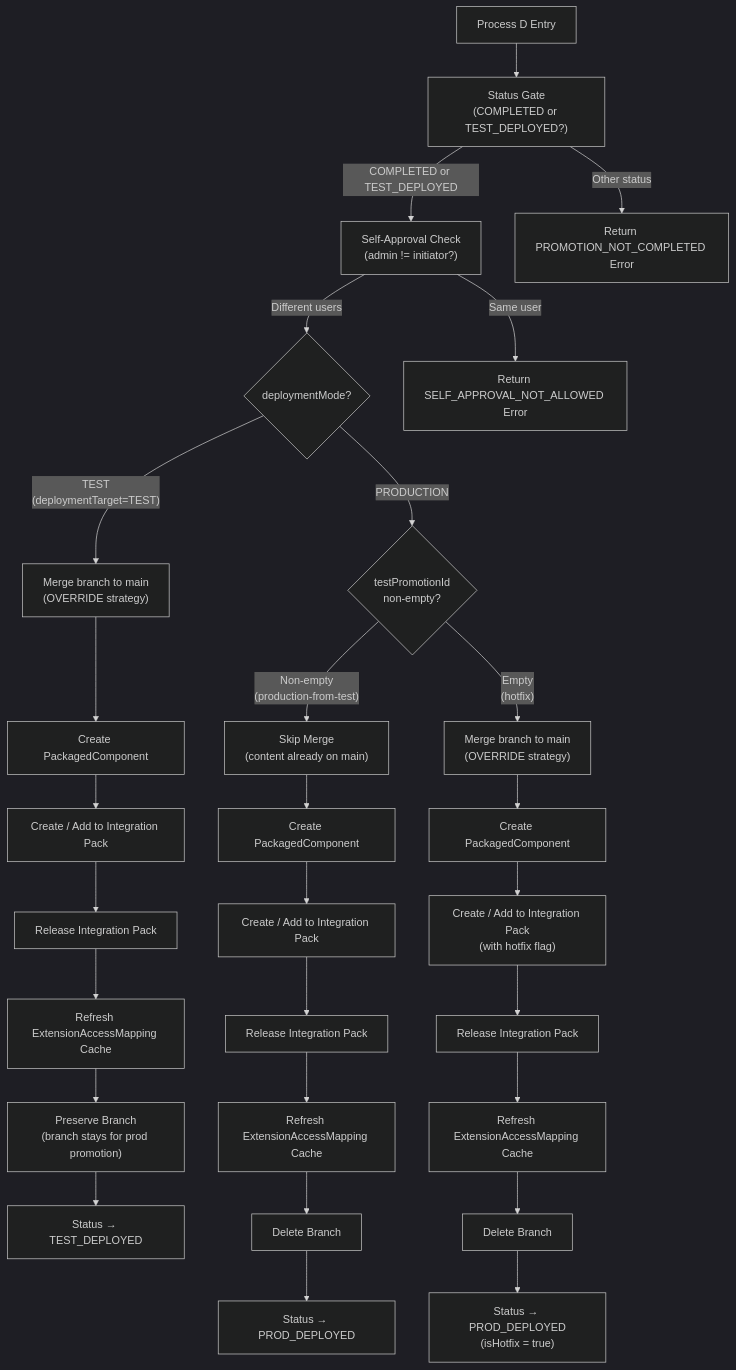
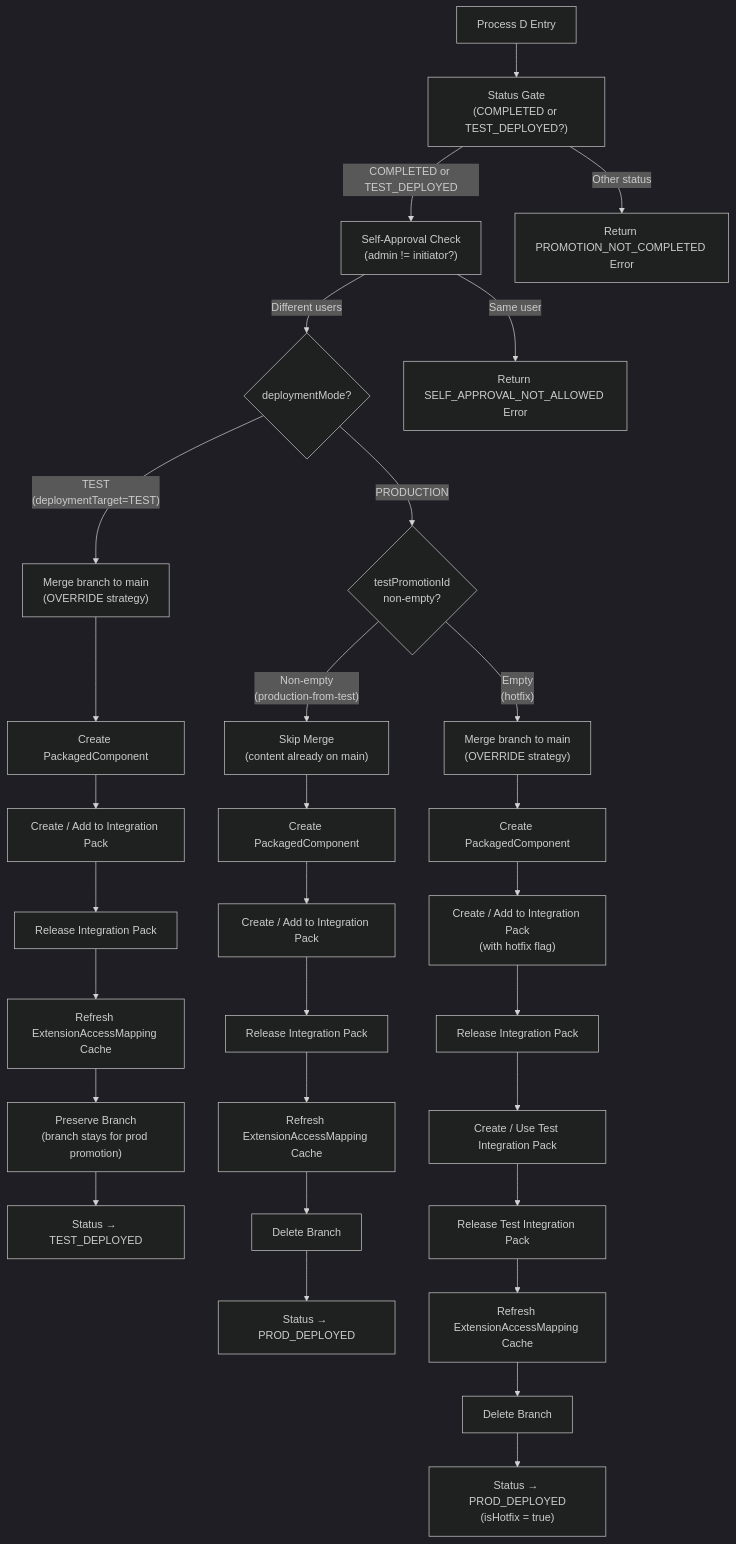
One commit to 7A9599F5/boomi-team-flow changed the diagram in docs/build-guide/11-process-d-package-and-deploy.md. Above: the diagram before and after it, drawn with Mermaid (dark theme). The commit also changed other lines of this file and 7 other files, not shown here.

First line of the commit message:
feat(hotfix): add dual-release route — prod then test sync

````diff
--- a/docs/build-guide/11-process-d-package-and-deploy.md
+++ b/docs/build-guide/11-process-d-package-and-deploy.md
@@ -116,54 +130,56 @@
 ```mermaid
 flowchart TD
     entryNode["Process D Entry"]
     statusGate["Status Gate\n(COMPLETED or TEST_DEPLOYED?)"]
     selfCheck["Self-Approval Check\n(admin != initiator?)"]
     modeDecision{"deploymentMode?"}
     testPromotionCheck{"testPromotionId\nnon-empty?"}
 
     testMerge["Merge branch to main\n(OVERRIDE strategy)"]
     testPackage["Create PackagedComponent"]
     testPack["Create / Add to Integration Pack"]
     testRelease["Release Integration Pack"]
     testCache["Refresh ExtensionAccessMapping Cache"]
     testBranchKeep["Preserve Branch\n(branch stays for prod promotion)"]
     testStatus["Status → TEST_DEPLOYED"]
 
     prodSkipMerge["Skip Merge\n(content already on main)"]
     prodPackage["Create PackagedComponent"]
     prodPack["Create / Add to Integration Pack"]
     prodRelease["Release Integration Pack"]
     prodCache["Refresh ExtensionAccessMapping Cache"]
     prodBranchDel["Delete Branch"]
     prodStatus["Status → PROD_DEPLOYED"]
 
     hotfixMerge["Merge branch to main\n(OVERRIDE strategy)"]
     hotfixPackage["Create PackagedComponent"]
     hotfixPack["Create / Add to Integration Pack\n(with hotfix flag)"]
     hotfixRelease["Release Integration Pack"]
+    hotfixTestPack["Create / Use Test Integration Pack"]
+    hotfixTestRelease["Release Test Integration Pack"]
     hotfixCache["Refresh ExtensionAccessMapping Cache"]
     hotfixBranchDel["Delete Branch"]
     hotfixStatus["Status → PROD_DEPLOYED\n(isHotfix = true)"]
 
     errStatus["Return PROMOTION_NOT_COMPLETED Error"]
     errSelf["Return SELF_APPROVAL_NOT_ALLOWED Error"]
 
     entryNode --> statusGate
     statusGate -->|"COMPLETED or TEST_DEPLOYED"| selfCheck
     statusGate -->|"Other status"| errStatus
 
     selfCheck -->|"Different users"| modeDecision
     selfCheck -->|"Same user"| errSelf
 
     modeDecision -->|"TEST\n(deploymentTarget=TEST)"| testMerge
     modeDecision -->|"PRODUCTION"| testPromotionCheck
 
     testPromotionCheck -->|"Non-empty\n(production-from-test)"| prodSkipMerge
     testPromotionCheck -->|"Empty\n(hotfix)"| hotfixMerge
 
     testMerge --> testPackage --> testPack --> testRelease --> testCache --> testBranchKeep --> testStatus
 
     prodSkipMerge --> prodPackage --> prodPack --> prodRelease --> prodCache --> prodBranchDel --> prodStatus
 
-    hotfixMerge --> hotfixPackage --> hotfixPack --> hotfixRelease --> hotfixCache --> hotfixBranchDel --> hotfixStatus
+    hotfixMerge --> hotfixPackage --> hotfixPack --> hotfixRelease --> hotfixTestPack --> hotfixTestRelease --> hotfixCache --> hotfixBranchDel --> hotfixStatus
 ```
````
